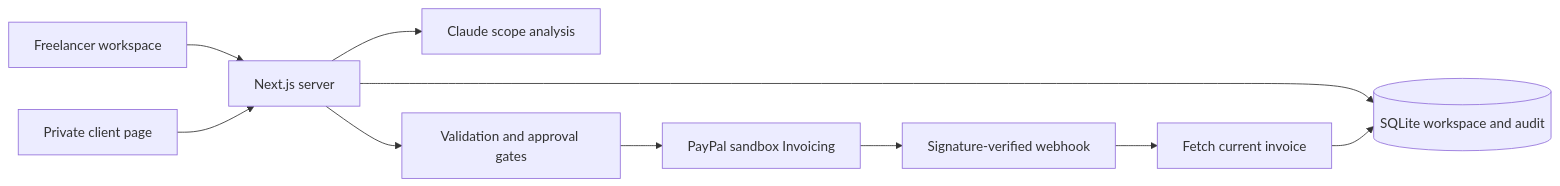
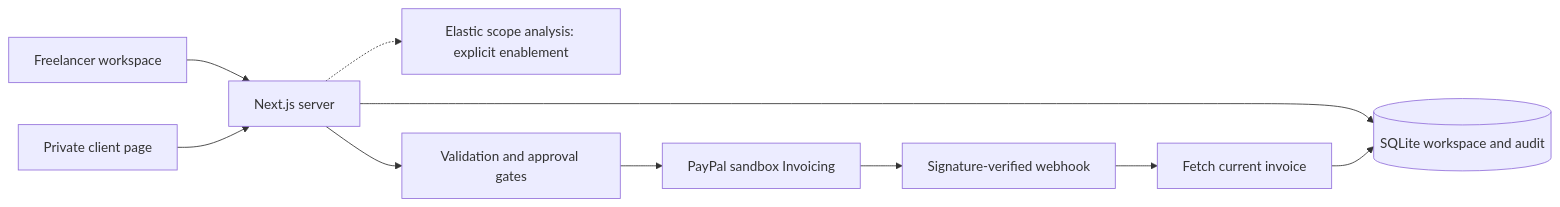
One commit to AyushmanMohapatra015/Nudge changed the diagram in README.md. Above: the diagram before and after it, drawn with Mermaid. The commit also changed other lines of this file and 6 other files, not shown here.

Commit message:
Audit architecture and update sponsor checkpoints

````diff
--- a/README.md
+++ b/README.md
@@ -165,12 +167,12 @@
 ```mermaid
 flowchart LR
   F[Freelancer workspace] --> A[Next.js server]
   C[Private client page] --> A
-  A --> AI[Claude scope analysis]
+  A -.-> AI[Elastic scope analysis: explicit enablement]
   A --> G[Validation and approval gates]
   G --> P[PayPal sandbox Invoicing]
   A --> DB[(SQLite workspace and audit)]
   P --> W[Signature-verified webhook]
   W --> R[Fetch current invoice]
   R --> DB
 ```
````
